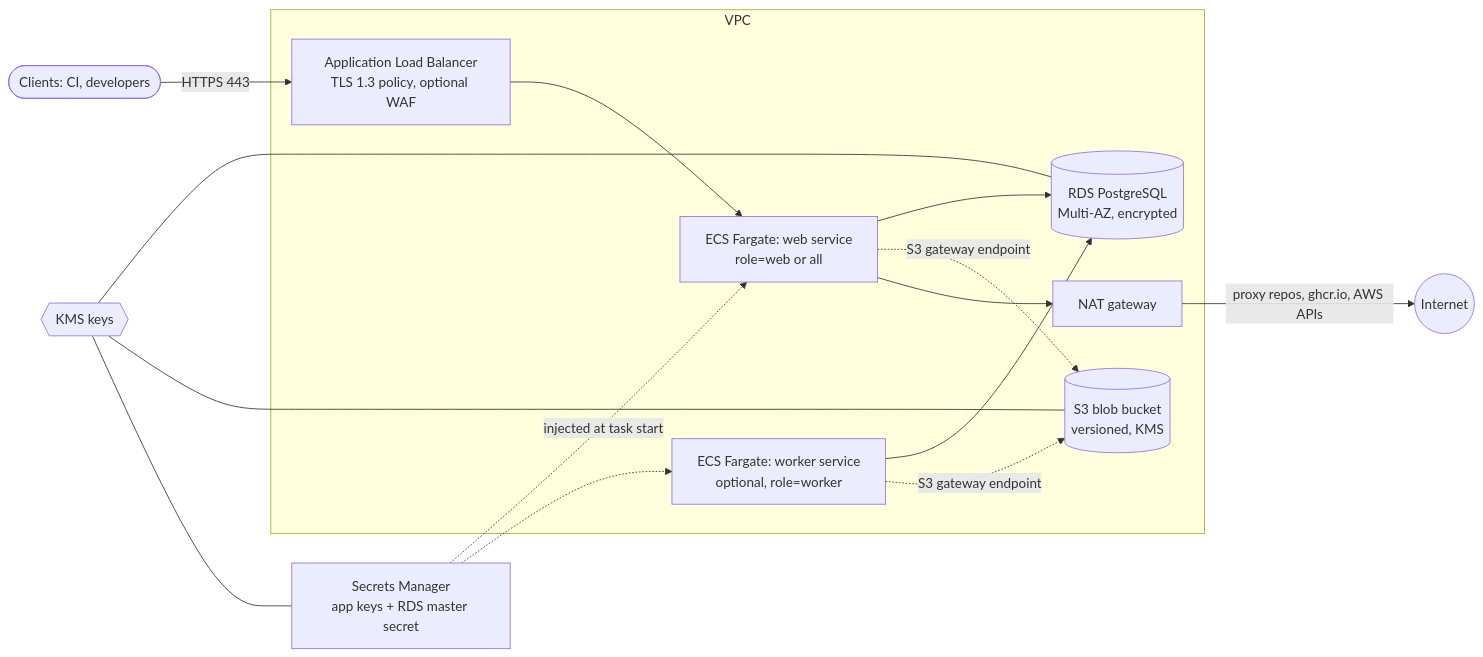
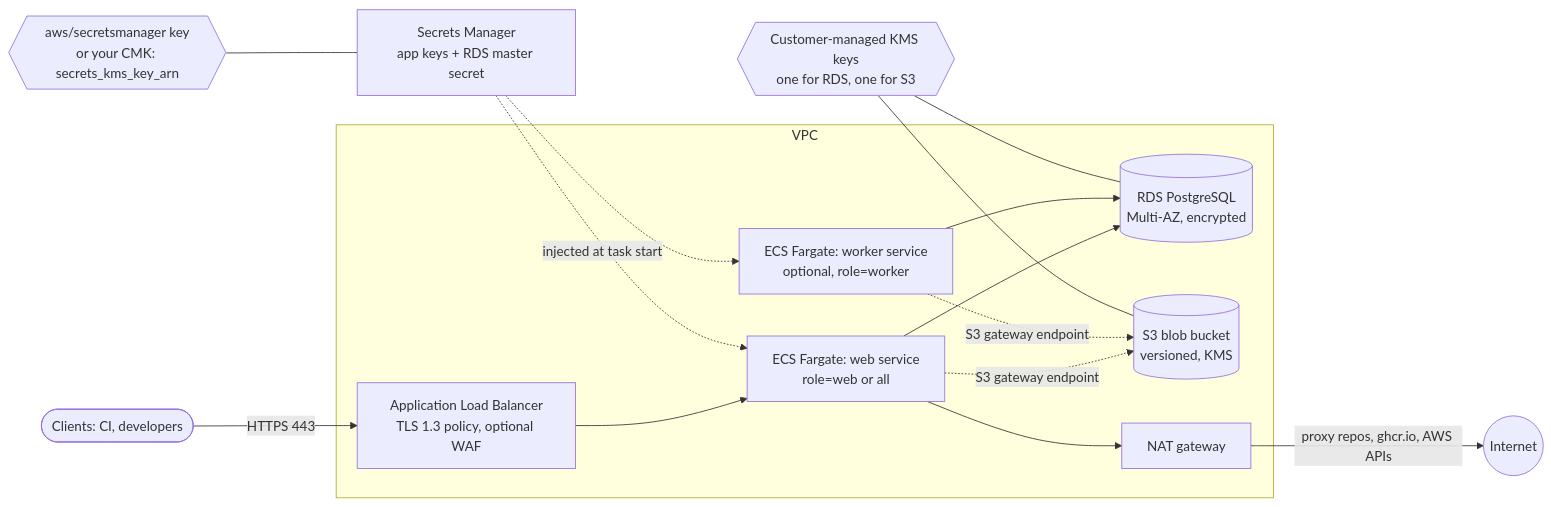
One commit to openartifact/terraform-aws-openartifact changed the diagram in README.md. Above: the diagram before and after it, drawn with Mermaid. The commit also changed other lines of this file and 2 other files, not shown here.

````diff
--- a/README.md
+++ b/README.md
@@ -20,19 +20,19 @@
 ```mermaid
 flowchart LR
   client([Clients: CI, developers]) -->|HTTPS 443| alb[Application Load Balancer<br/>TLS 1.3 policy, optional WAF]
   subgraph vpc[VPC]
     alb --> web[ECS Fargate: web service<br/>role=web or all]
     worker[ECS Fargate: worker service<br/>optional, role=worker]
     web --> rds[(RDS PostgreSQL<br/>Multi-AZ, encrypted)]
     worker --> rds
     web -. S3 gateway endpoint .-> s3[(S3 blob bucket<br/>versioned, KMS)]
     worker -. S3 gateway endpoint .-> s3
     web --> nat[NAT gateway]
   end
   nat -->|proxy repos, ghcr.io, AWS APIs| internet((Internet))
   sm[Secrets Manager<br/>app keys + RDS master secret] -. injected at task start .-> web
   sm -.-> worker
-  kms{{KMS keys}} --- rds
+  kms{{Customer-managed KMS keys<br/>one for RDS, one for S3}} --- rds
   kms --- s3
-  kms --- sm
+  smkey{{aws/secretsmanager key<br/>or your CMK: secrets_kms_key_arn}} --- sm
 ```
````
